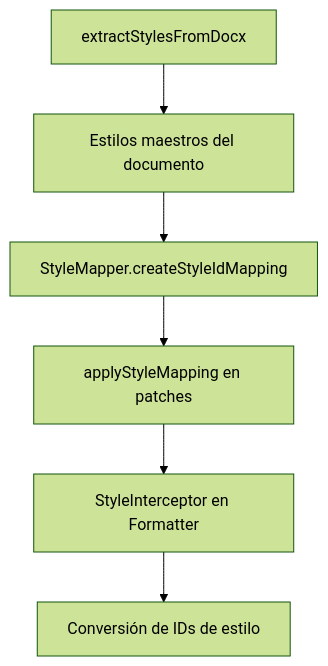
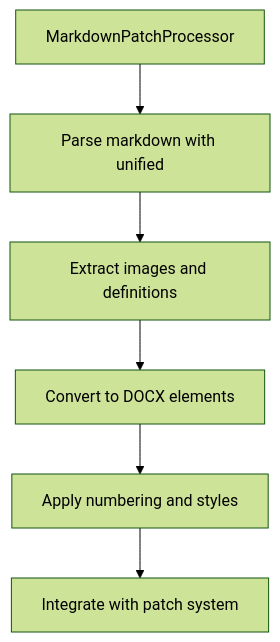
Before and after one commit to StudentCristian/Patcher-AgentDocs: the second of 2 diagrams in README.md, drawn with Mermaid (forest theme). The commit also changed other lines of this file and 7 other files, not shown here.

Commit message:
feat: add Markdown patch support

````diff
--- a/README.md
+++ b/README.md
@@ -76,8 +198,8 @@
 ```mermaid
 flowchart TD
-    A[extractStylesFromDocx] --> B[Estilos maestros del documento]
-    B --> C[StyleMapper.createStyleIdMapping]
-    C --> D[applyStyleMapping en patches]
-    D --> E[StyleInterceptor en Formatter]
-    E --> F[Conversión de IDs de estilo]
+    A[MarkdownPatchProcessor] --> B[Parse markdown with unified]
+    B --> C[Extract images and definitions]
+    C --> D[Convert to DOCX elements]
+    D --> E[Apply numbering and styles]
+    E --> F[Integrate with patch system]
 ```
````
